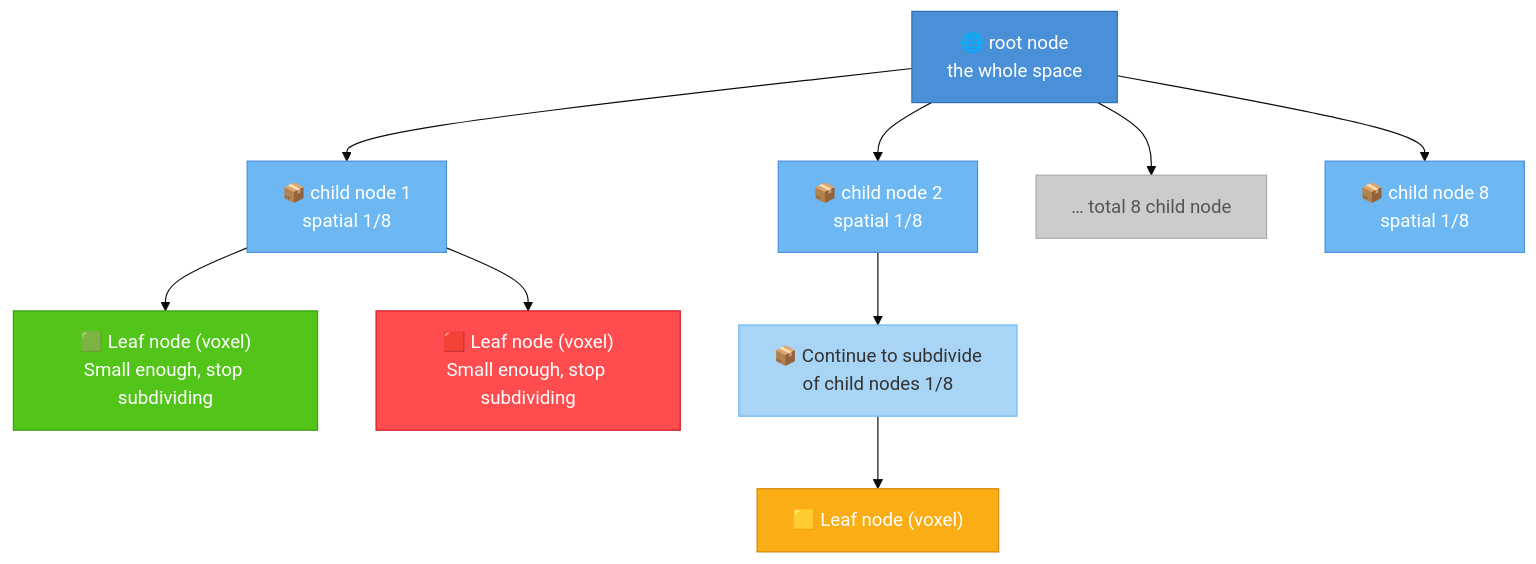
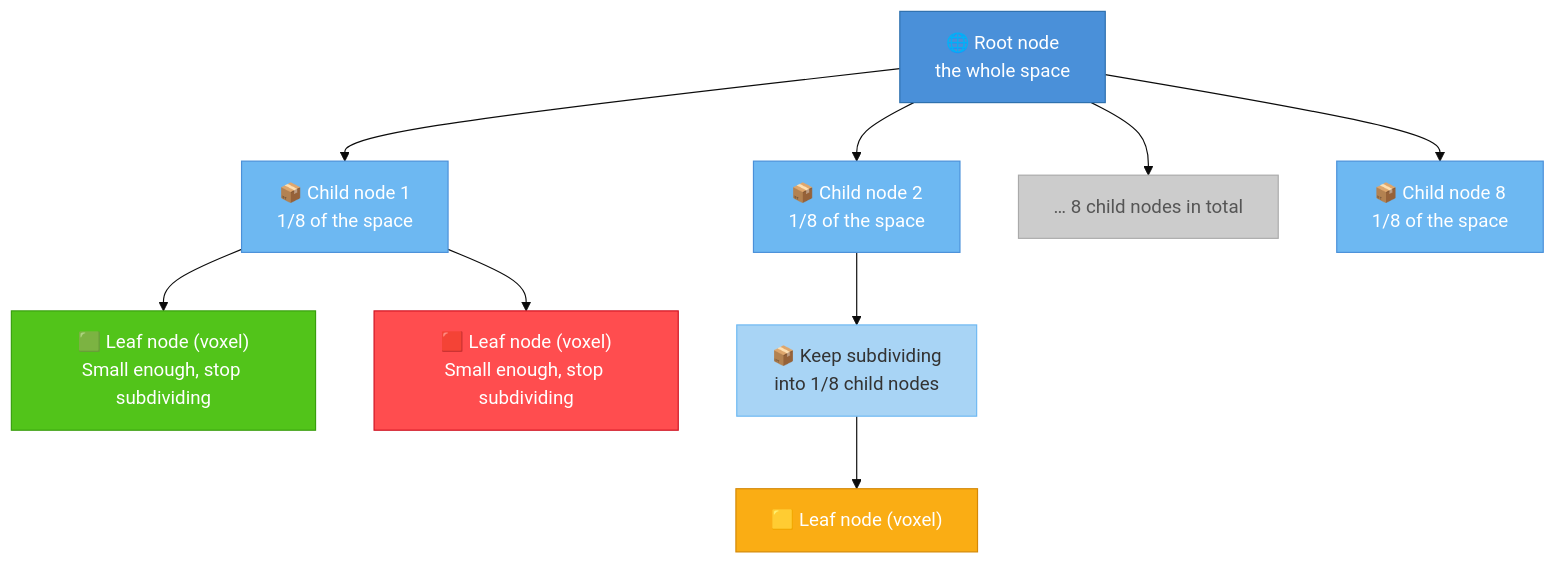
Before and after one commit to TingdeLiu/tingdeliu.github.io: the fourth of 18 diagrams in _translations/en/research/Robot-Navigation-Survey.md, drawn with Mermaid (base theme). The commit also changed other lines of this file and 51 other files, not shown here.

````diff
--- a/_translations/en/research/Robot-Navigation-Survey.md
+++ b/_translations/en/research/Robot-Navigation-Survey.md
@@ -527,22 +527,22 @@
 ```mermaid
 graph TD
-    R["🌐 root node<br/>the whole space"]
-    R --> N1["📦 child node 1<br/>spatial 1/8"]
-    R --> N2["📦 child node 2<br/>spatial 1/8"]
-    R --> ND["… total 8 child node"]
-    R --> N8["📦 child node 8<br/>spatial 1/8"]
+    R["🌐 Root node<br/>the whole space"]
+    R --> N1["📦 Child node 1<br/>1/8 of the space"]
+    R --> N2["📦 Child node 2<br/>1/8 of the space"]
+    R --> ND["… 8 child nodes in total"]
+    R --> N8["📦 Child node 8<br/>1/8 of the space"]
     N1 --> L1["🟩 Leaf node (voxel)<br/>Small enough, stop subdividing"]
     N1 --> L2["🟥 Leaf node (voxel)<br/>Small enough, stop subdividing"]
-    N2 --> N21["📦 Continue to subdivide<br/>of child nodes 1/8"]
+    N2 --> N21["📦 Keep subdividing<br/>into 1/8 child nodes"]
     N21 --> L3["🟨 Leaf node (voxel)"]
 
     style R fill:#4a90d9,color:#fff,stroke:#2c6fad
     style N1 fill:#6db8f2,color:#fff,stroke:#4a90d9
     style N2 fill:#6db8f2,color:#fff,stroke:#4a90d9
     style N8 fill:#6db8f2,color:#fff,stroke:#4a90d9
     style ND fill:#ccc,color:#555,stroke:#aaa
     style N21 fill:#a8d4f5,color:#333,stroke:#6db8f2
     style L1 fill:#52c41a,color:#fff,stroke:#389e0d
     style L2 fill:#ff4d4f,color:#fff,stroke:#cf1322
     style L3 fill:#faad14,color:#fff,stroke:#d48806
 ```
````
